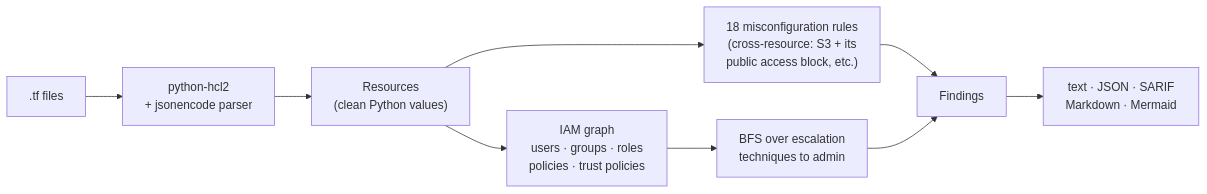
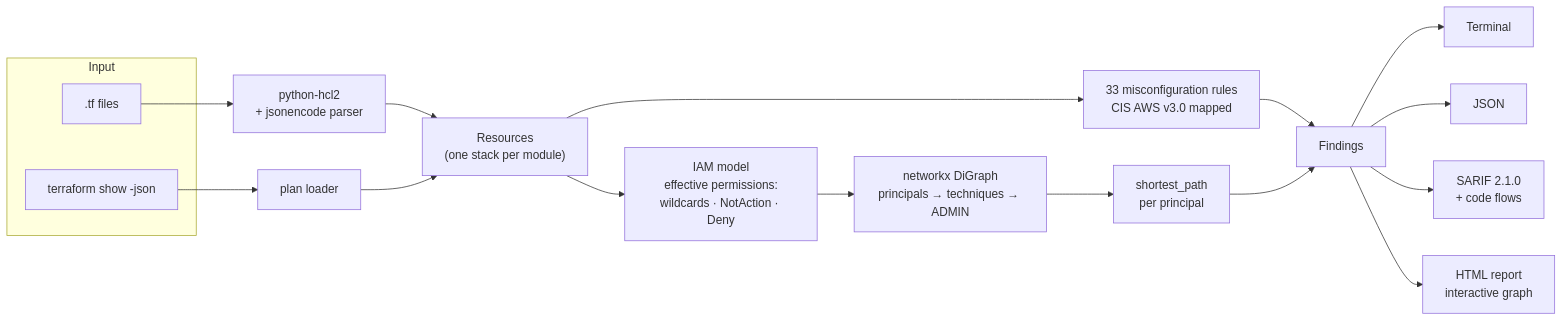
The diagram in README.md (alok-kul5/warden-iac), drawn with Mermaid before and after one commit. The commit also changed other lines of this file and 2 other files, not shown here.

Commit message:
readme with architecture, screenshots and checkov comparison

````diff
--- a/README.md
+++ b/README.md
@@ -124,11 +66,21 @@
 ```mermaid
 flowchart LR
-    TF[".tf files"] --> P["python-hcl2<br/>+ jsonencode parser"]
-    P --> R["Resources<br/>(clean Python values)"]
-    R --> M["18 misconfiguration rules<br/>(cross-resource: S3 + its<br/>public access block, etc.)"]
-    R --> G["IAM graph<br/>users · groups · roles<br/>policies · trust policies"]
-    G --> B["BFS over escalation<br/>techniques to admin"]
+    subgraph In[Input]
+      TF[".tf files"]
+      PJ["terraform show -json"]
+    end
+    TF --> P["python-hcl2<br/>+ jsonencode parser"]
+    PJ --> P2["plan loader"]
+    P --> R["Resources<br/>(one stack per module)"]
+    P2 --> R
+    R --> M["33 misconfiguration rules<br/>CIS AWS v3.0 mapped"]
+    R --> E["IAM model<br/>effective permissions:<br/>wildcards · NotAction · Deny"]
+    E --> G["networkx DiGraph<br/>principals → techniques → ADMIN"]
+    G --> S["shortest_path<br/>per principal"]
     M --> F[Findings]
-    B --> F
-    F --> O["text · JSON · SARIF<br/>Markdown · Mermaid"]
+    S --> F
+    F --> O1[Terminal]
+    F --> O2[JSON]
+    F --> O3["SARIF 2.1.0<br/>+ code flows"]
+    F --> O4["HTML report<br/>interactive graph"]
 ```
````
